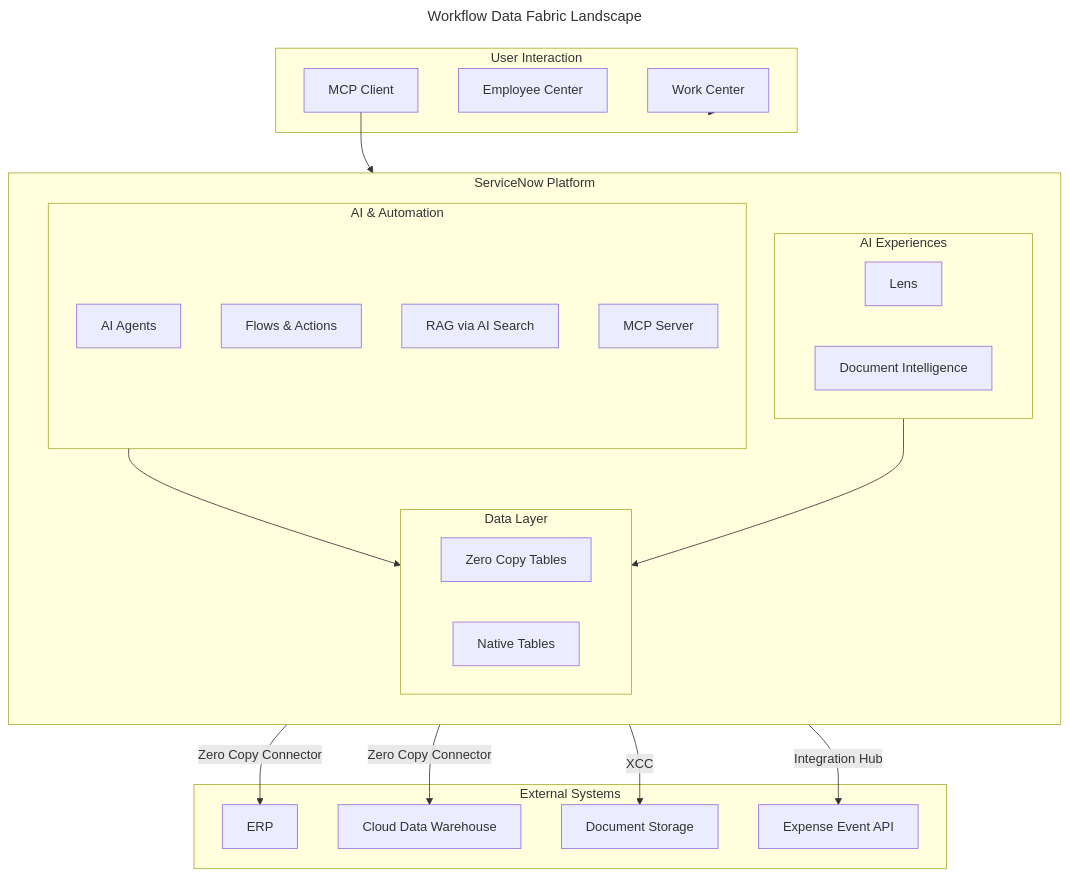
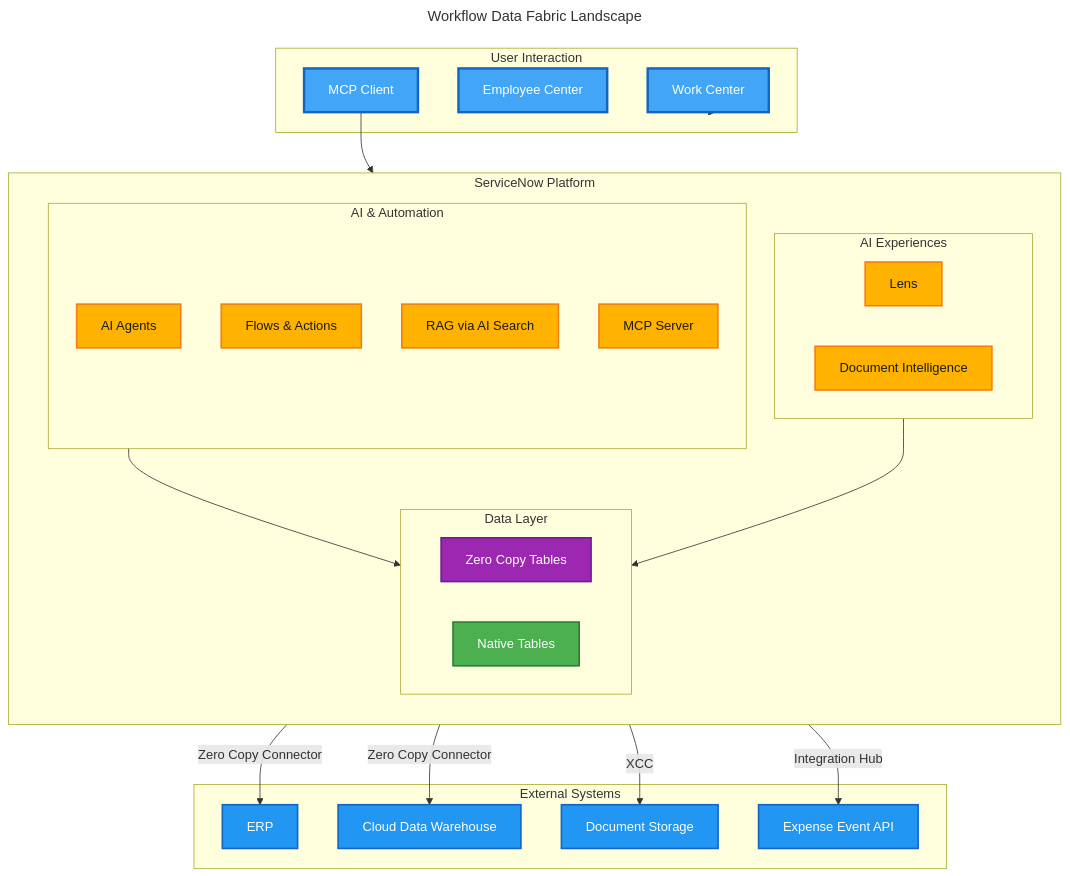
The fourth of 4 diagrams in data-and-flow-diagrams.md (leojacinto/WorkflowDataFabric-TypeA), drawn with Mermaid before and after one commit. The commit also changed other lines of this file and 6 other files, not shown here.

Commit message:
Update all mermaid charts to vibrant Material Design palette for light+dark mode contrast

````diff
--- a/data-and-flow-diagrams.md
+++ b/data-and-flow-diagrams.md
@@ -181,45 +181,60 @@
 ```mermaid fullWidth="true"
 ---
 title: Workflow Data Fabric Landscape
 ---
 graph TB
     subgraph USER["User Interaction"]
         WC["Work Center"]
         EC["Employee Center"]
         MCP_C["MCP Client"]
     end
 
     subgraph SNOW["ServiceNow Platform"]
         direction TB
         subgraph AI["AI & Automation"]
             AGENTS["AI Agents"]
             FLOWS["Flows & Actions"]
             RAG["RAG via AI Search"]
             MCP_S["MCP Server"]
         end
         subgraph DATA["Data Layer"]
             ZCT["Zero Copy Tables"]
             NT["Native Tables"]
         end
         subgraph AX["AI Experiences"]
             LENS["Lens"]
             DOCINT["Document Intelligence"]
         end
     end
 
     subgraph EXT["External Systems"]
         ERP["ERP"]
         CDW["Cloud Data Warehouse"]
         DOC["Document Storage"]
         API["Expense Event API"]
     end
 
     USER --> AI
     MCP_C --> MCP_S
     AI --> DATA
     AX --> DATA
     DATA -->|"Zero Copy Connector"| ERP
     DATA -->|"Zero Copy Connector"| CDW
     AI -->|"Integration Hub"| API
     AI -->|"XCC"| DOC
+
+    %% Styling
+    classDef external fill:#2196F3,stroke:#1565C0,stroke-width:2px,color:#fff
+    classDef integration fill:#FF9800,stroke:#E65100,stroke-width:2px,color:#fff
+    classDef zeroCopy fill:#9C27B0,stroke:#6A1B9A,stroke-width:2px,color:#fff
+    classDef native fill:#4CAF50,stroke:#2E7D32,stroke-width:2px,color:#fff
+    classDef ai fill:#FFB300,stroke:#F57F17,stroke-width:2px,color:#1a1a1a
+    classDef user fill:#42A5F5,stroke:#1565C0,stroke-width:3px,color:#fff
+
+    class ERP,CDW,DOC,API external
+    class ZCT zeroCopy
+    class NT native
+    class AGENTS,FLOWS,RAG,MCP_S ai
+    class LENS,DOCINT ai
+    class WC,EC,MCP_C user
 ```
````
